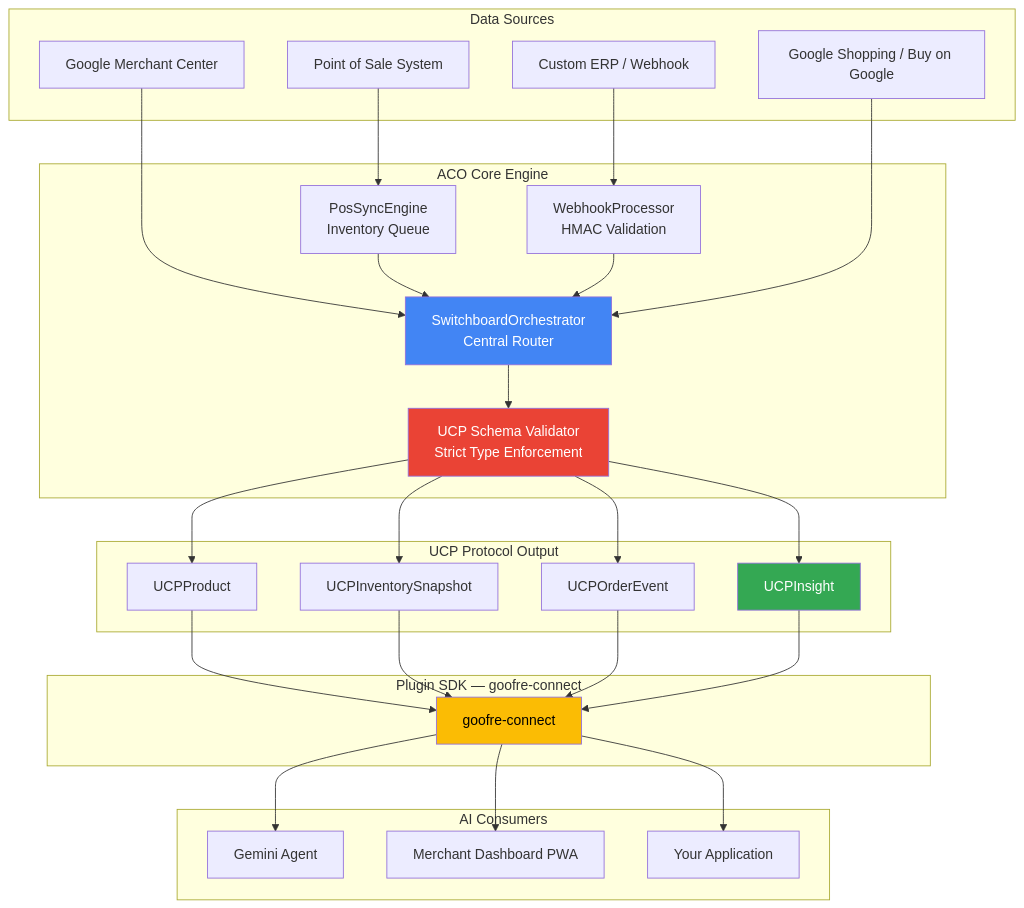
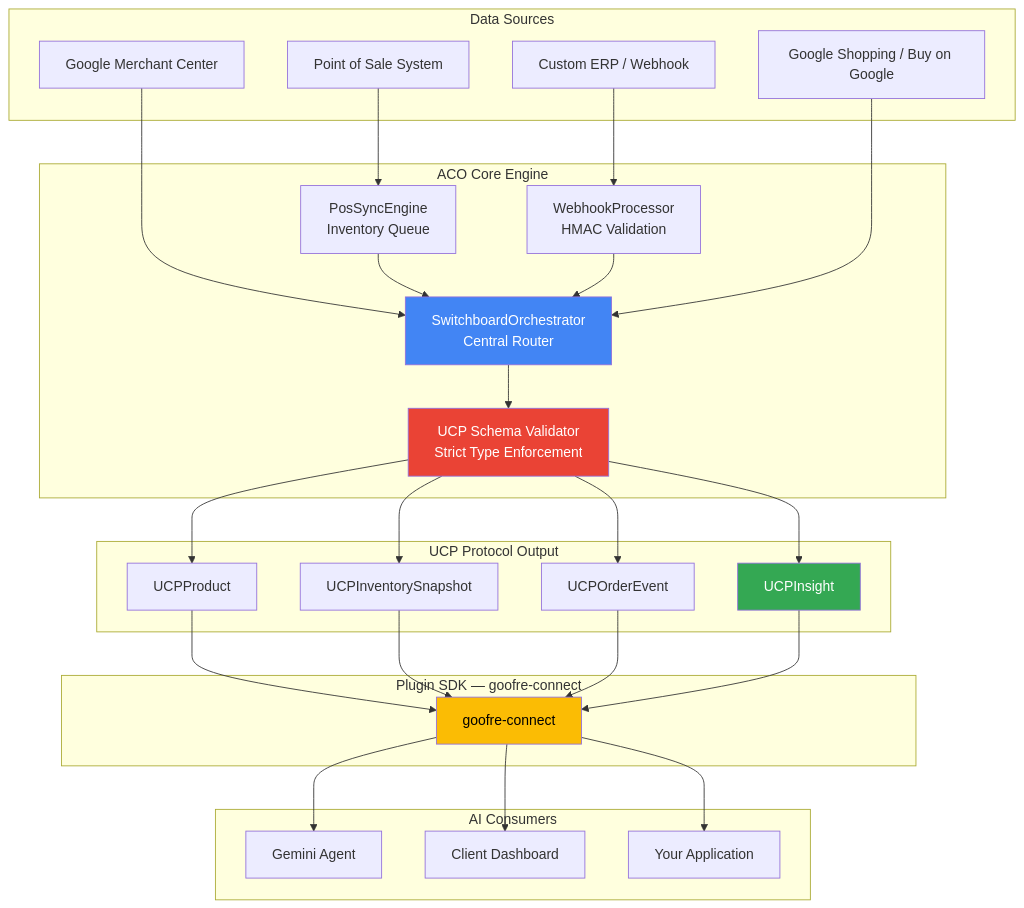
Before and after one commit to goofre-opensource/agentic_commerce_orchestrator_ACO: the diagram in README.md, drawn with Mermaid. The commit also changed other lines of this file, not shown here.

Commit message:
docs: replace merchant-focused messaging with developer-focused, remove Goofre OS/Refer sections

````diff
--- a/README.md
+++ b/README.md
@@ -157,47 +158,47 @@
 ```mermaid
 graph TB
     subgraph "Data Sources"
         A[Google Merchant Center]
         B[Point of Sale System]
         C[Custom ERP / Webhook]
         D[Google Shopping / Buy on Google]
     end
 
     subgraph "ACO Core Engine"
         E[WebhookProcessor<br/>HMAC Validation]
         F[SwitchboardOrchestrator<br/>Central Router]
         G[PosSyncEngine<br/>Inventory Queue]
         H[UCP Schema Validator<br/>Strict Type Enforcement]
     end
 
     subgraph "UCP Protocol Output"
         I[UCPProduct]
         J[UCPInventorySnapshot]
         K[UCPOrderEvent]
         L[UCPInsight]
     end
 
     subgraph "Plugin SDK — goofre-connect"
         P[goofre-connect]
     end
 
     subgraph "AI Consumers"
         M[Gemini Agent]
-        N[Merchant Dashboard PWA]
+        N[Client Dashboard]
         O[Your Application]
     end
 
     A --> F
     B --> G --> F
     C --> E --> F
     D --> F
     F --> H
     H --> I & J & K & L
     I & J & K & L --> P
     P --> M & N & O
 
     style F fill:#4285F4,color:#fff
     style H fill:#EA4335,color:#fff
     style L fill:#34A853,color:#fff
     style P fill:#FBBC04,color:#000
 ```
````
